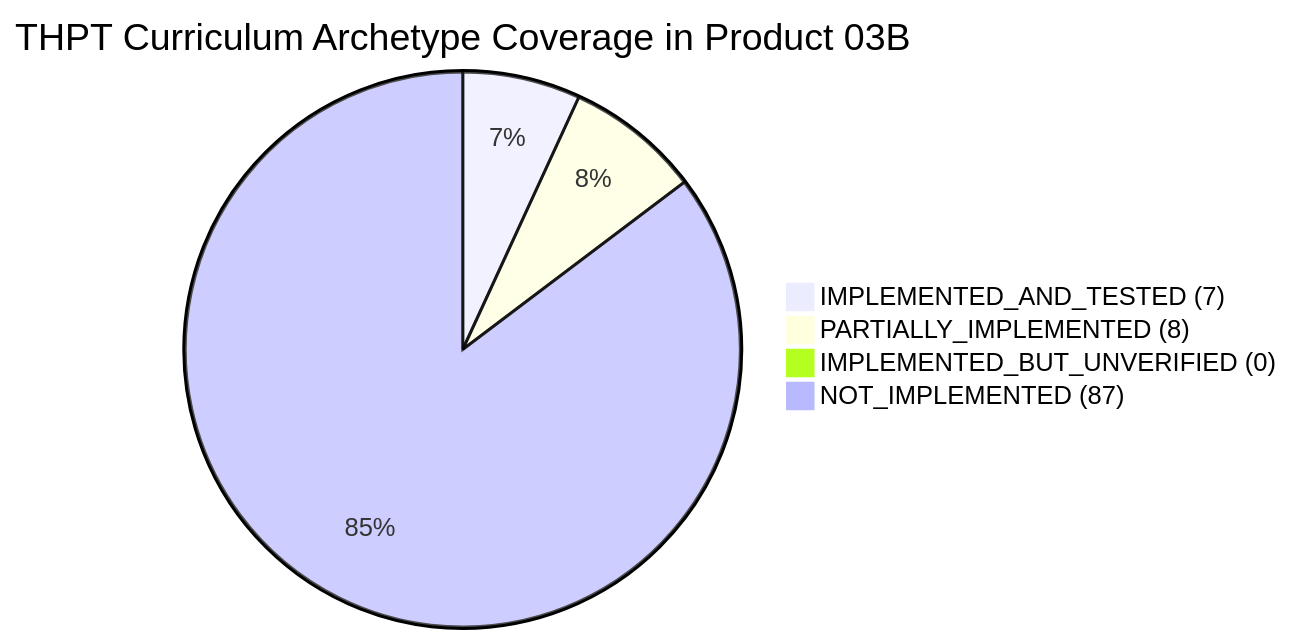
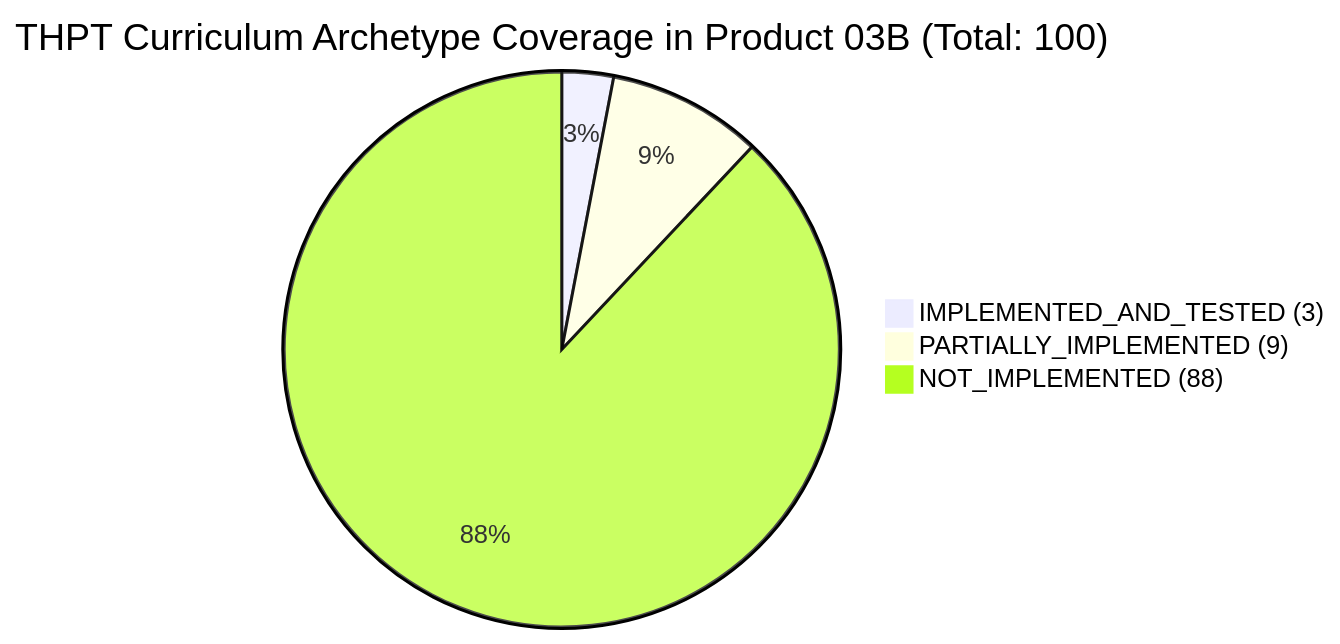
One commit to PhanHoangKe/math-knowledge-engine changed the diagram in docs/curriculum/P03B_CAPABILITY_GAP_AUDIT.md. Above: the diagram before and after it, drawn with Mermaid. The commit also changed other lines of this file and 8 other files, not shown here.

````diff
--- a/docs/curriculum/P03B_CAPABILITY_GAP_AUDIT.md
+++ b/docs/curriculum/P03B_CAPABILITY_GAP_AUDIT.md
@@ -17,7 +17,6 @@
 ```mermaid
-pie title THPT Curriculum Archetype Coverage in Product 03B
-    "IMPLEMENTED_AND_TESTED (7)" : 7
-    "PARTIALLY_IMPLEMENTED (8)" : 8
-    "IMPLEMENTED_BUT_UNVERIFIED (0)" : 0
-    "NOT_IMPLEMENTED (87)" : 87
+pie title THPT Curriculum Archetype Coverage in Product 03B (Total: 100)
+    "IMPLEMENTED_AND_TESTED (3)" : 3
+    "PARTIALLY_IMPLEMENTED (9)" : 9
+    "NOT_IMPLEMENTED (88)" : 88
 ```
````
